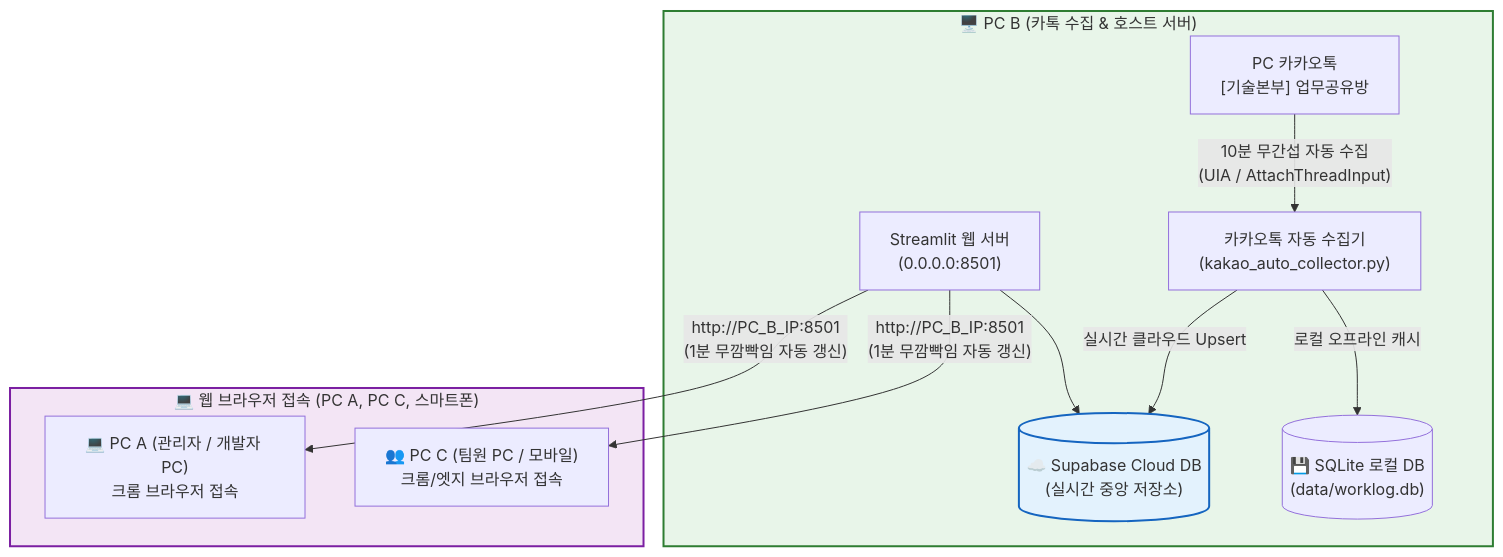
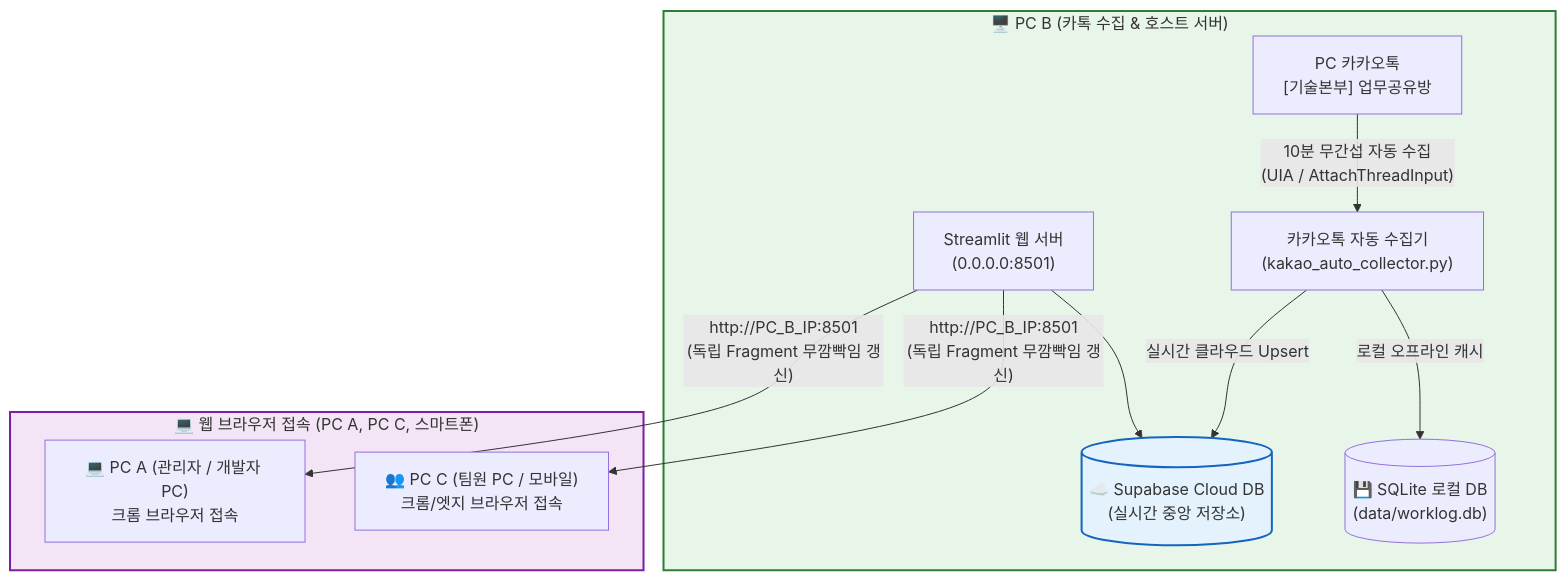
One commit to newprim82/PublicRepo changed the first of 2 diagrams in README.md. Above: the diagram before and after it, drawn with Mermaid. The commit also changed other lines of this file, not shown here.

Commit message:
docs: update README.md with modular architecture, isolated frame rendering, Gemini AI briefing, and email dispatch logs

````diff
--- a/README.md
+++ b/README.md
@@ -9,21 +10,21 @@
 ```mermaid
 flowchart TD
     subgraph HostServer["🖥️ PC B (카톡 수집 & 호스트 서버)"]
         K["PC 카카오톡\n[기술본부] 업무공유방"] -->|"10분 무간섭 자동 수집\n(UIA / AttachThreadInput)"| Collector["카카오톡 자동 수집기\n(kakao_auto_collector.py)"]
         Collector -->|"실시간 클라우드 Upsert"| CloudDB[("☁️ Supabase Cloud DB\n(실시간 중앙 저장소)")]
         Collector -->|"로컬 오프라인 캐시"| LocalDB[("💾 SQLite 로컬 DB\n(data/worklog.db)")]
         Server["Streamlit 웹 서버\n(0.0.0.0:8501)"] --> CloudDB
     end
 
     subgraph Clients["💻 웹 브라우저 접속 (PC A, PC C, 스마트폰)"]
         ClientA["💻 PC A (관리자 / 개발자 PC)\n크롬 브라우저 접속"]
         ClientC["👥 PC C (팀원 PC / 모바일)\n크롬/엣지 브라우저 접속"]
     end
 
-    Server -->|"http://PC_B_IP:8501\n(1분 무깜빡임 자동 갱신)"| ClientA
-    Server -->|"http://PC_B_IP:8501\n(1분 무깜빡임 자동 갱신)"| ClientC
+    Server -->|"http://PC_B_IP:8501\n(독립 Fragment 무깜빡임 갱신)"| ClientA
+    Server -->|"http://PC_B_IP:8501\n(독립 Fragment 무깜빡임 갱신)"| ClientC
 
     style HostServer fill:#e8f5e9,stroke:#2e7d32,stroke-width:2px
     style CloudDB fill:#e3f2fd,stroke:#1565c0,stroke-width:2px
     style Clients fill:#f3e5f5,stroke:#7b1fa2,stroke-width:2px
 ```
````
